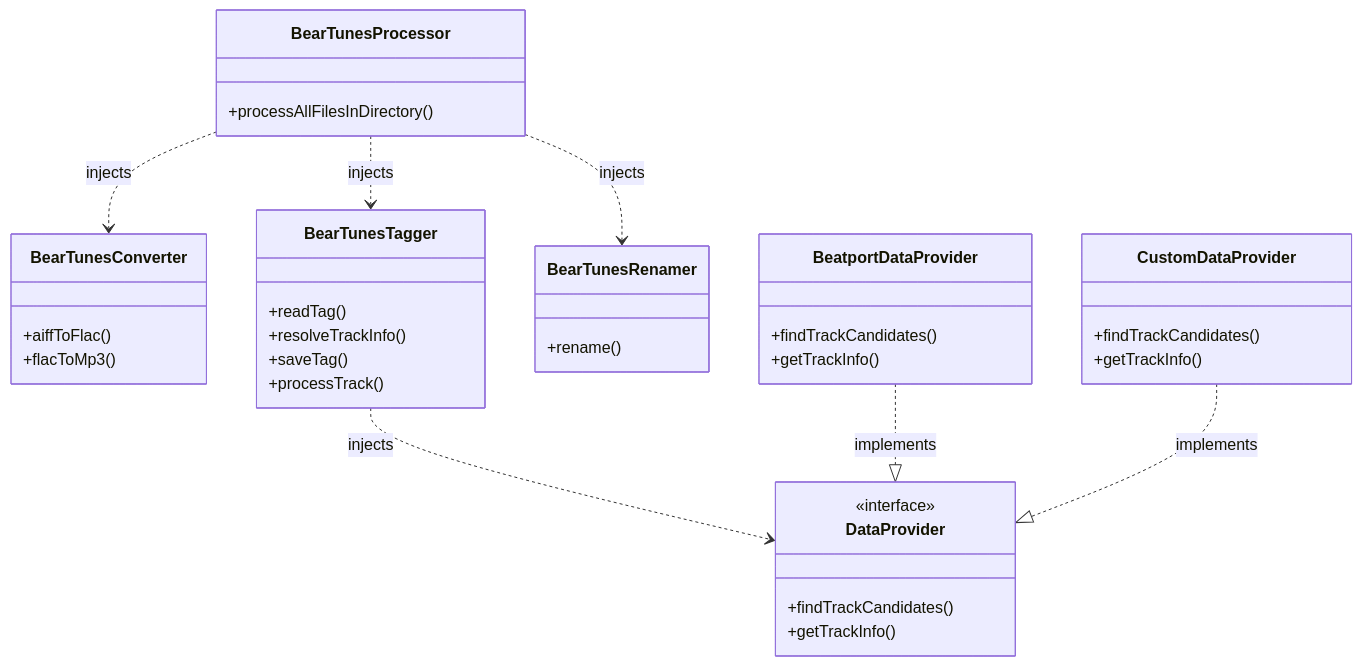
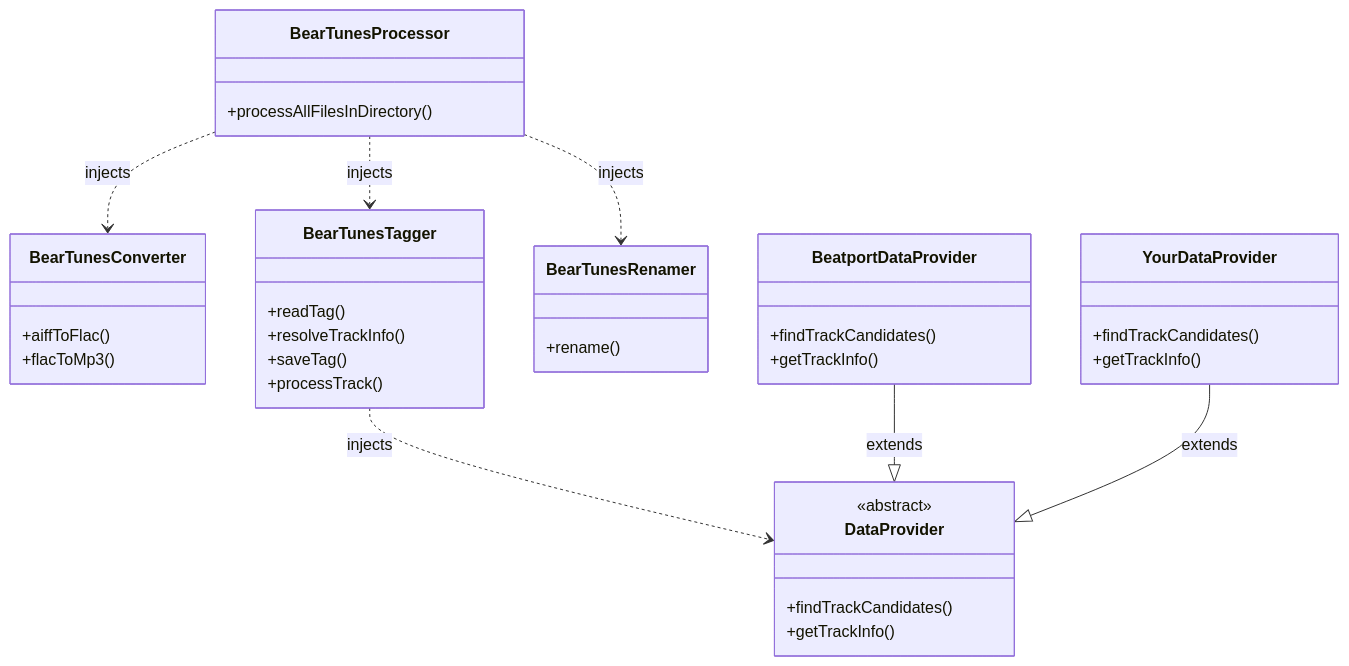
One commit to bearbyt3z/bear-tunes changed the first of 2 diagrams in README.md. Above: the diagram before and after it, drawn with Mermaid.

Commit message:
docs(readme): correct data provider inheritance diagram
The README now correctly represents `DataProvider` as an abstract class and its concrete providers as subclasses rather than interface implementations.

The diagram also identifies `YourDataProvider` as a user-defined extension point instead of implying that `CustomDataProvider` is a project-provided class.

````diff
--- a/README.md
+++ b/README.md
@@ -305,47 +305,47 @@
 ```mermaid
 classDiagram
     class BearTunesProcessor {
         +processAllFilesInDirectory()
     }
 
     class BearTunesConverter {
         +aiffToFlac()
         +flacToMp3()
     }
 
     class BearTunesTagger {
         +readTag()
         +resolveTrackInfo()
         +saveTag()
         +processTrack()
     }
 
     class BearTunesRenamer {
         +rename()
     }
 
     class DataProvider {
-        <<interface>>
+        <<abstract>>
         +findTrackCandidates()
         +getTrackInfo()
     }
 
     class BeatportDataProvider {
         +findTrackCandidates()
         +getTrackInfo()
     }
 
-    class CustomDataProvider {
+    class YourDataProvider {
         +findTrackCandidates()
         +getTrackInfo()
     }
 
     BearTunesProcessor ..> BearTunesConverter : injects
     BearTunesProcessor ..> BearTunesTagger : injects
     BearTunesProcessor ..> BearTunesRenamer : injects
 
     BearTunesTagger ..> DataProvider : injects
 
-    BeatportDataProvider ..|> DataProvider : implements
-    CustomDataProvider ..|> DataProvider : implements
+    BeatportDataProvider --|> DataProvider : extends
+    YourDataProvider --|> DataProvider : extends
 ```
````
